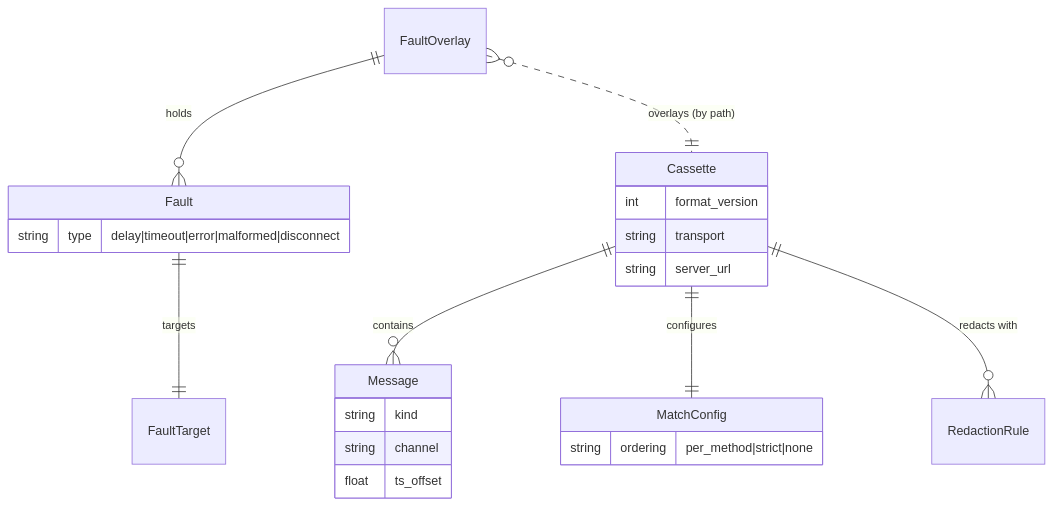
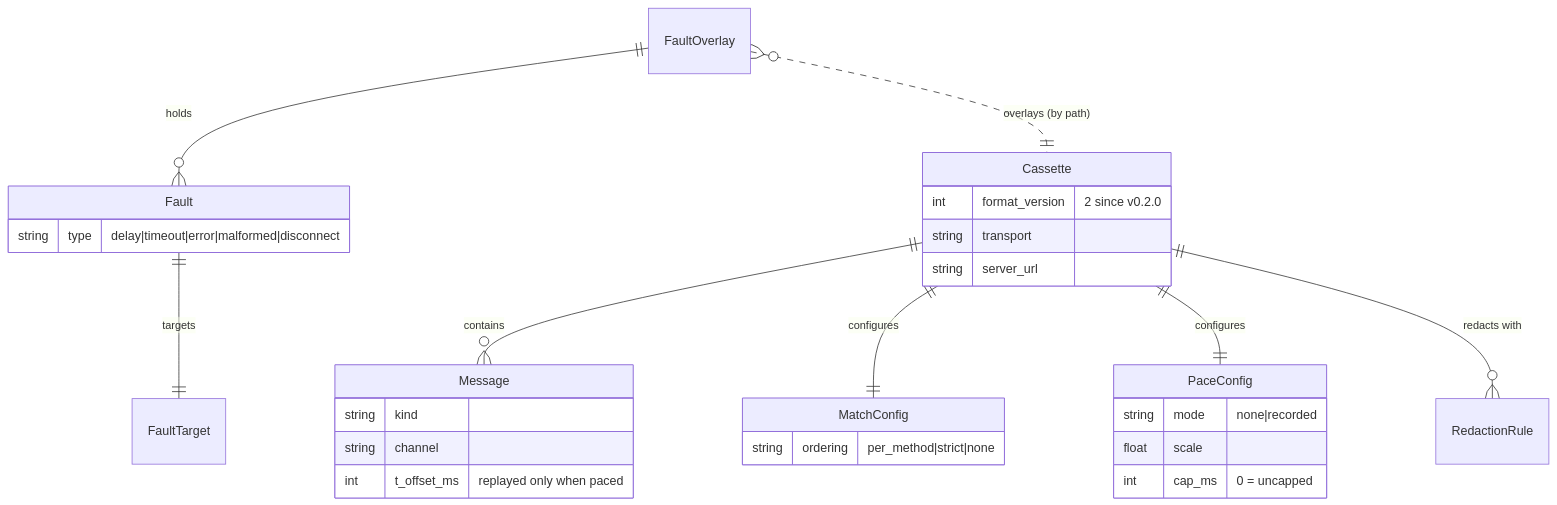
The fifth of 5 diagrams in .agents_workspace/ARCHITECTURE.md (cheneeheng/mcp-cassette), drawn with Mermaid before and after one commit. The commit also changed other lines of this file, not shown here.

First line of the commit message:
docs(architecture): bring the living picture up to v0.3.0

````diff
--- a/.agents_workspace/ARCHITECTURE.md
+++ b/.agents_workspace/ARCHITECTURE.md
@@ -100,26 +125,32 @@
 ```mermaid
 erDiagram
     Cassette ||--o{ Message : contains
     Cassette ||--|| MatchConfig : configures
+    Cassette ||--|| PaceConfig : configures
     Cassette ||--o{ RedactionRule : "redacts with"
     FaultOverlay ||--o{ Fault : holds
     Fault ||--|| FaultTarget : targets
     FaultOverlay }o..|| Cassette : "overlays (by path)"
 
     Cassette {
-        int format_version
+        int format_version "2 since v0.2.0"
         string transport
         string server_url
     }
     Message {
         string kind
         string channel
-        float ts_offset
+        int t_offset_ms "replayed only when paced"
     }
     MatchConfig {
         string ordering "per_method|strict|none"
+    }
+    PaceConfig {
+        string mode "none|recorded"
+        float scale
+        int cap_ms "0 = uncapped"
     }
     Fault {
         string type "delay|timeout|error|malformed|disconnect"
     }
 ```
````
